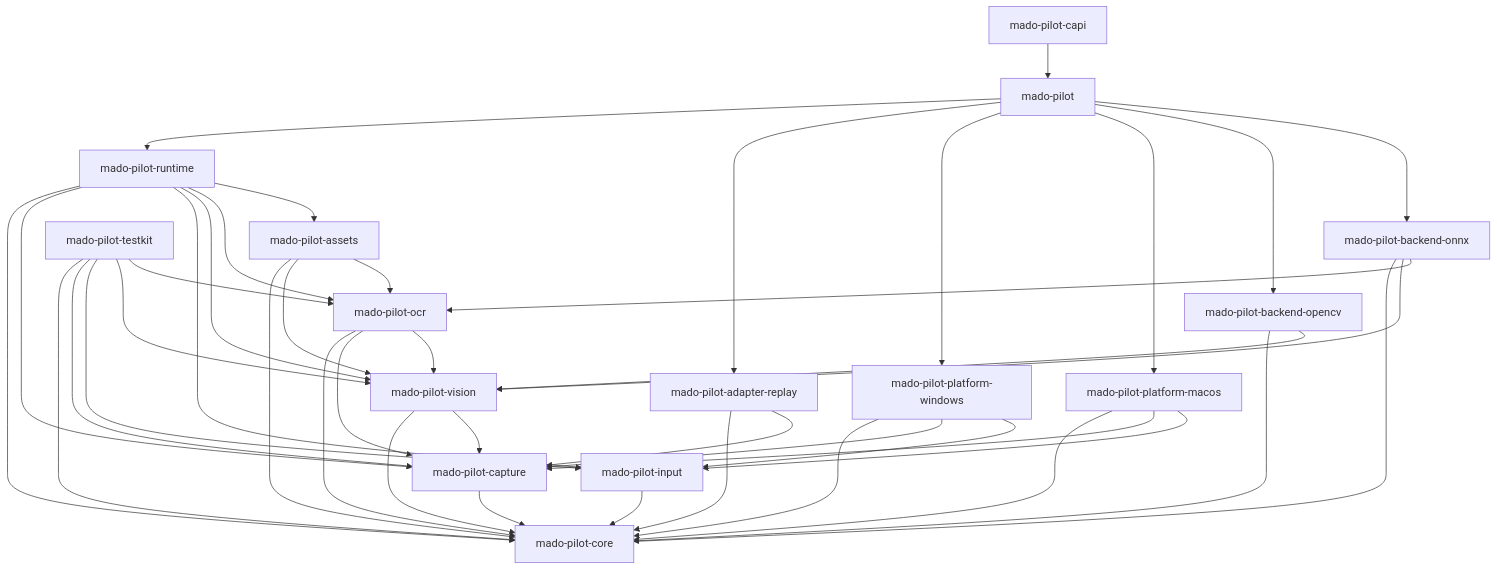
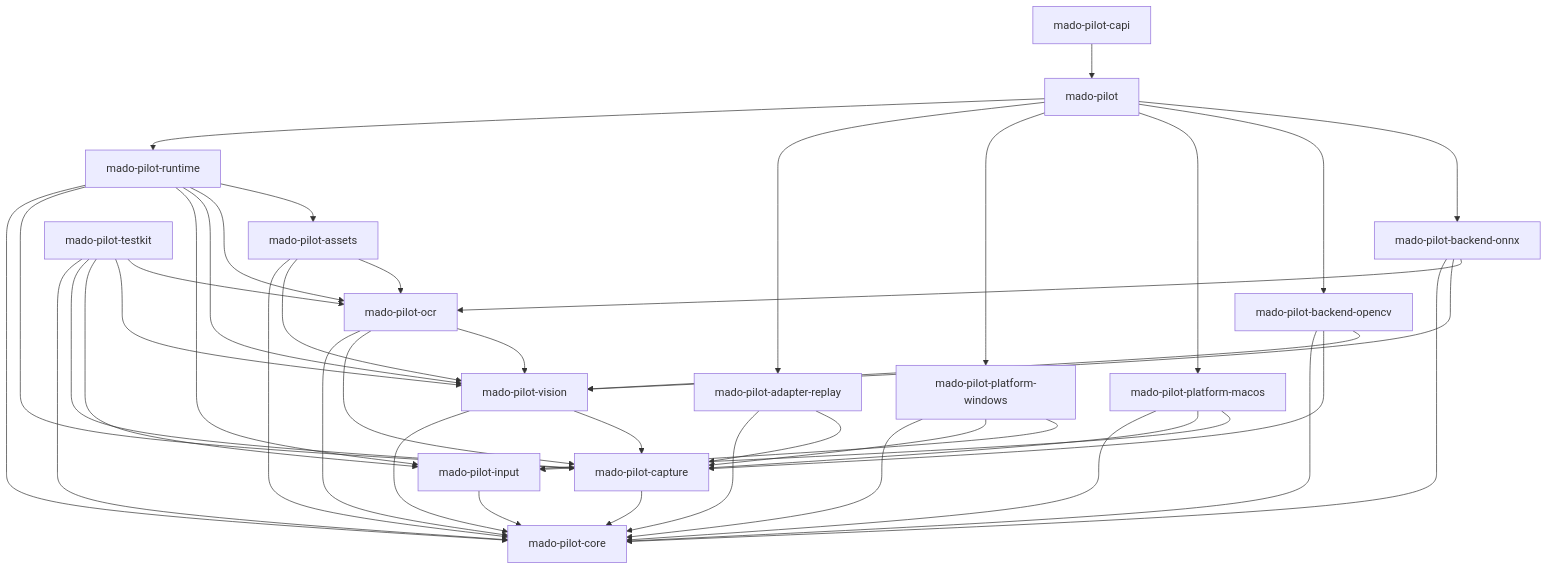
Before and after one commit to pashifika/mado-pilot: the diagram in docs/architecture.md, drawn with Mermaid. The commit also changed other lines of this file and 25 other files, not shown here.

````diff
--- a/docs/architecture.md
+++ b/docs/architecture.md
@@ -187,63 +187,64 @@
 ```mermaid
 graph TD
     Core[mado-pilot-core]
     Capture[mado-pilot-capture]
     Input[mado-pilot-input]
     Vision[mado-pilot-vision]
     OCR[mado-pilot-ocr]
     Assets[mado-pilot-assets]
     Runtime[mado-pilot-runtime]
     Replay[mado-pilot-adapter-replay]
     Win[mado-pilot-platform-windows]
     Mac[mado-pilot-platform-macos]
     OpenCV[mado-pilot-backend-opencv]
     ONNX[mado-pilot-backend-onnx]
     Facade[mado-pilot]
     CAPI[mado-pilot-capi]
     Testkit[mado-pilot-testkit]
 
     Capture --> Core
     Input --> Core
     Vision --> Core
     Vision --> Capture
     OCR --> Core
     OCR --> Capture
     OCR --> Vision
     Assets --> Core
     Assets --> Vision
     Assets --> OCR
     Runtime --> Core
     Runtime --> Capture
     Runtime --> Input
     Runtime --> Vision
     Runtime --> OCR
     Runtime --> Assets
 
     Replay --> Core
     Replay --> Capture
     Win --> Core
     Win --> Capture
     Win --> Input
     Mac --> Core
     Mac --> Capture
     Mac --> Input
     OpenCV --> Core
+    OpenCV --> Capture
     OpenCV --> Vision
     ONNX --> Core
     ONNX --> Vision
     ONNX --> OCR
 
     Facade --> Runtime
     Facade --> Replay
     Facade --> Win
     Facade --> Mac
     Facade --> OpenCV
     Facade --> ONNX
     CAPI --> Facade
 
     Testkit --> Core
     Testkit --> Capture
     Testkit --> Input
     Testkit --> Vision
     Testkit --> OCR
 ```
````
